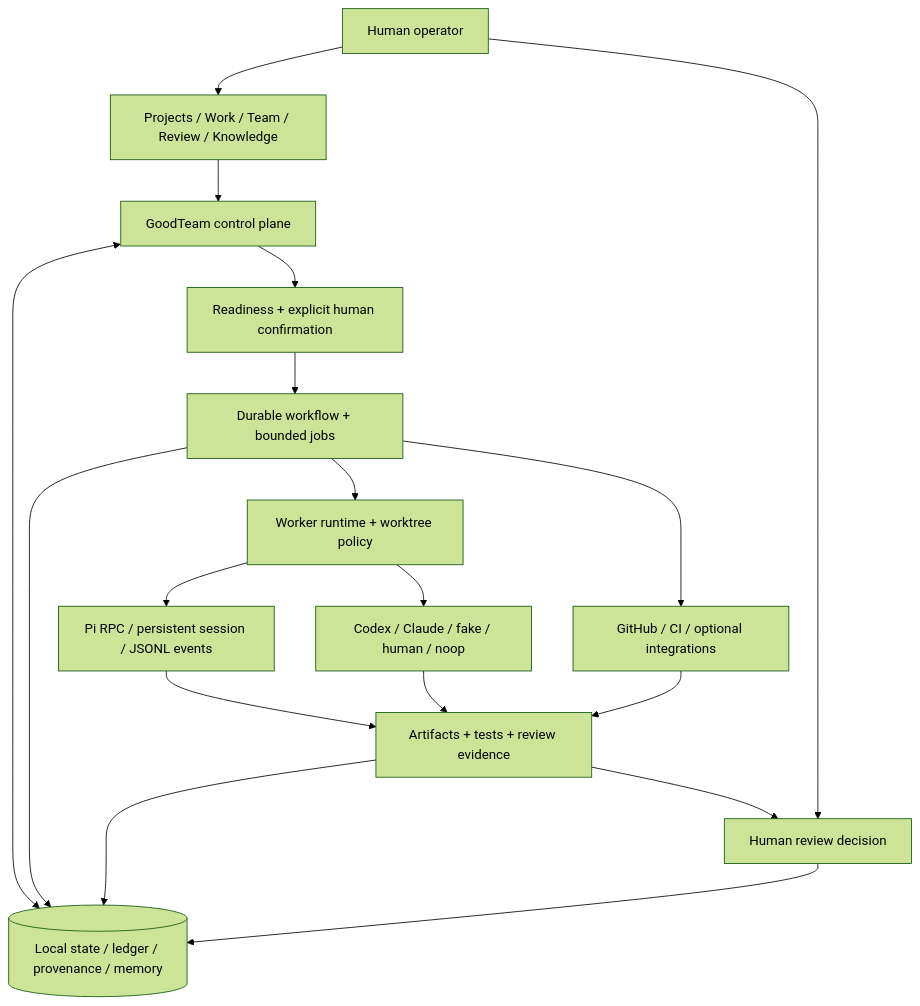
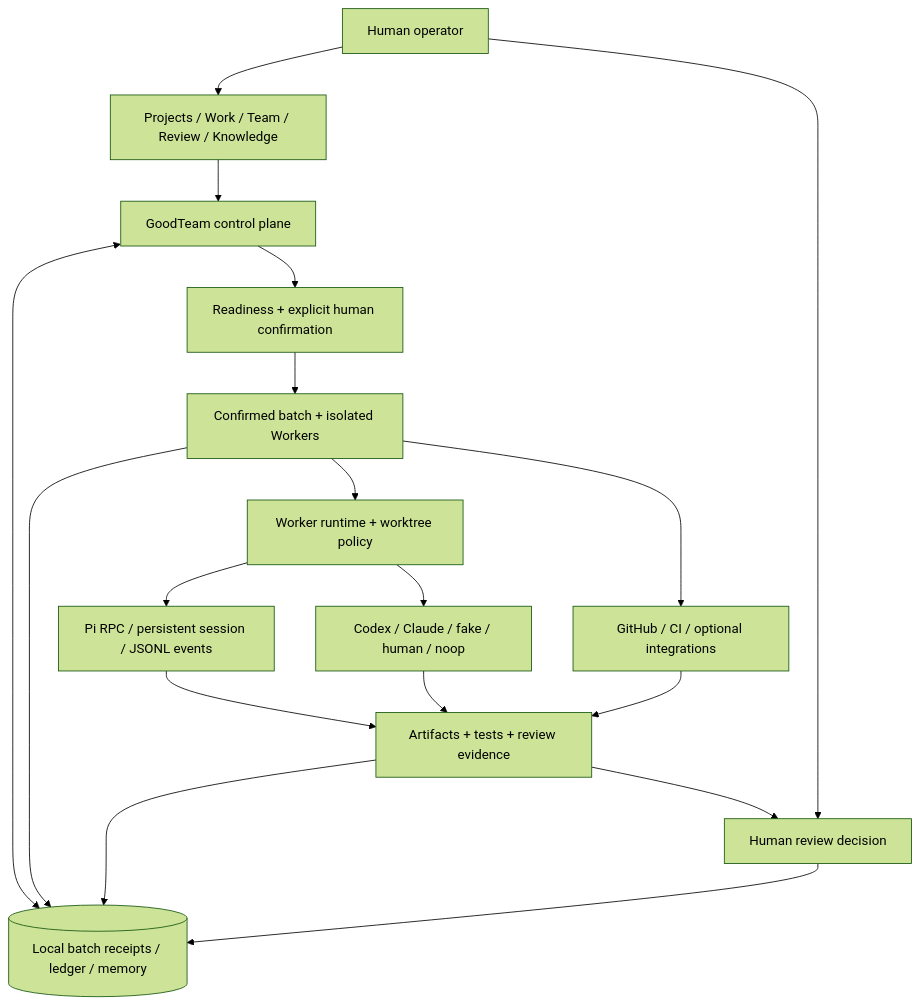
The diagram in README.md (LukeJiaoR/GoodTeam), drawn with Mermaid (forest theme) before and after one commit. The commit also changed other lines of this file and 236 other files, not shown here.

````diff
--- a/README.md
+++ b/README.md
@@ -85,20 +85,20 @@
 ```mermaid
 flowchart TB
     Human[Human operator] --> UI[Projects / Work / Team / Review / Knowledge]
     UI --> CP[GoodTeam control plane]
     CP --> Gate[Readiness + explicit human confirmation]
-    Gate --> Workflow[Durable workflow + bounded jobs]
-    Workflow --> Runtime[Worker runtime + worktree policy]
+    Gate --> Batch[Confirmed batch + isolated Workers]
+    Batch --> Runtime[Worker runtime + worktree policy]
     Runtime --> Pi[Pi RPC / persistent session / JSONL events]
     Runtime --> Other[Codex / Claude / fake / human / noop]
     Pi --> Evidence[Artifacts + tests + review evidence]
     Other --> Evidence
-    Workflow --> Adapters[GitHub / CI / optional integrations]
+    Batch --> Adapters[GitHub / CI / optional integrations]
     Adapters --> Evidence
     Evidence --> Review[Human review decision]
     Human --> Review
-    CP <--> Store[(Local state / ledger / provenance / memory)]
-    Workflow --> Store
+    CP <--> Store[(Local batch receipts / ledger / memory)]
+    Batch --> Store
     Evidence --> Store
     Review --> Store
 ```
````
